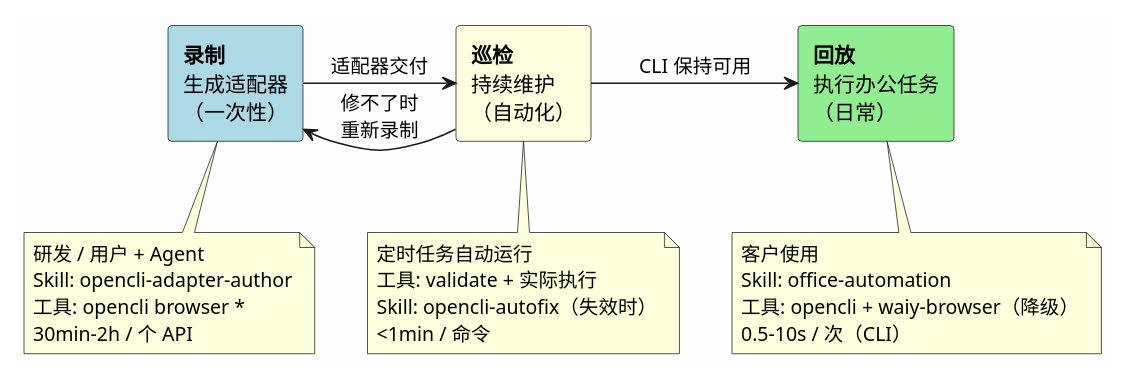
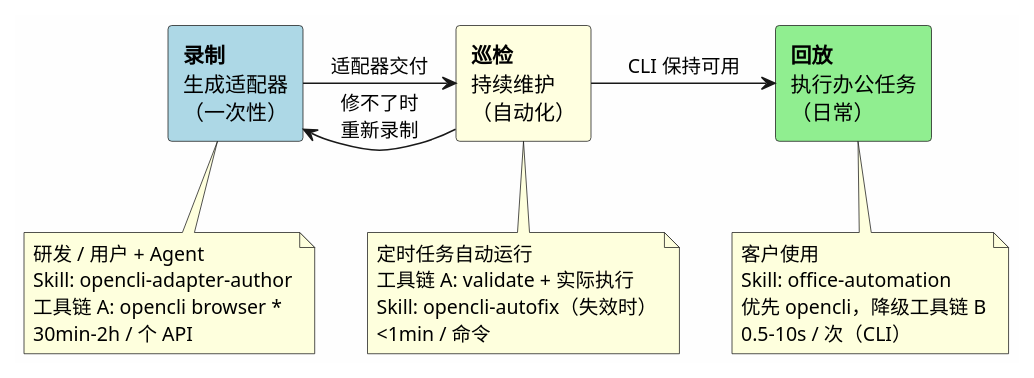
One commit to shadow-cyan/OpenCLI changed the second of 7 diagrams in doc/office-automation-architecture.md. Above: the diagram before and after it, drawn with PlantUML. The commit also changed other lines of this file, not shown here.

First line of the commit message:
docs(architecture): clarify tool chain separation, expand self-evolution, add dual deployment diagrams

````diff
--- a/doc/office-automation-architecture.md
+++ b/doc/office-automation-architecture.md
@@ -179,36 +221,36 @@
 ```plantuml
 @startuml
 skinparam backgroundColor #FEFEFE
 skinparam componentStyle rectangle
 
 rectangle "**录制**\n生成适配器\n（一次性）" as R #LightBlue
 rectangle "**巡检**\n持续维护\n（自动化）" as P #LightYellow
 rectangle "**回放**\n执行办公任务\n（日常）" as E #LightGreen
 
 R -right-> P : 适配器交付
 P -right-> E : CLI 保持可用
 P -left-> R : 修不了时\n重新录制
 
 note bottom of R
   研发 / 用户 + Agent
   Skill: opencli-adapter-author
-  工具: opencli browser *
+  工具链 A: opencli browser *
   30min-2h / 个 API
 end note
 
 note bottom of P
   定时任务自动运行
-  工具: validate + 实际执行
+  工具链 A: validate + 实际执行
   Skill: opencli-autofix（失效时）
   <1min / 命令
 end note
 
 note bottom of E
   客户使用
   Skill: office-automation
-  工具: opencli + waiy-browser（降级）
+  优先 opencli，降级工具链 B
   0.5-10s / 次（CLI）
 end note
 
 @enduml
 ```
````
